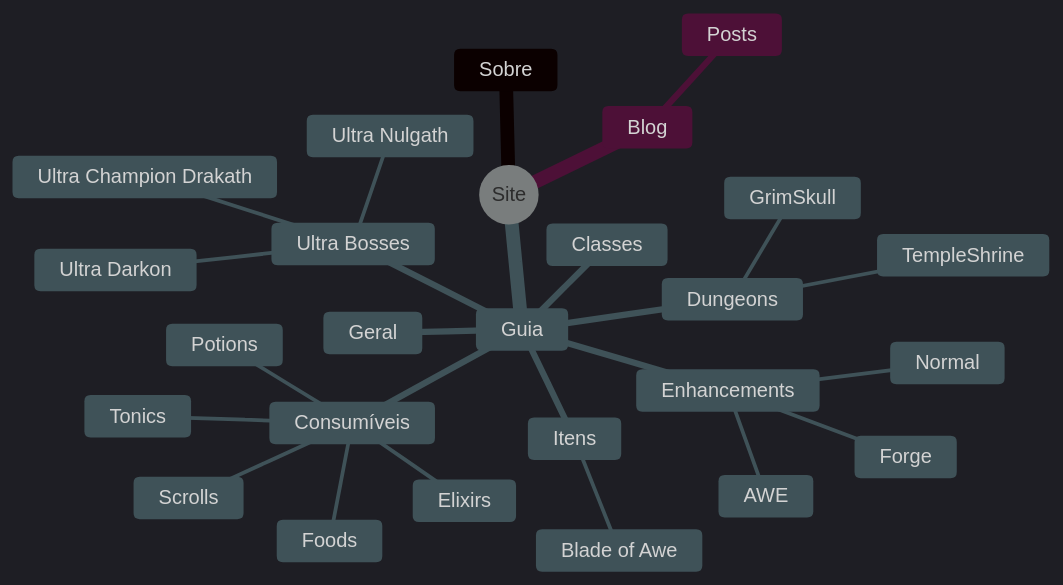
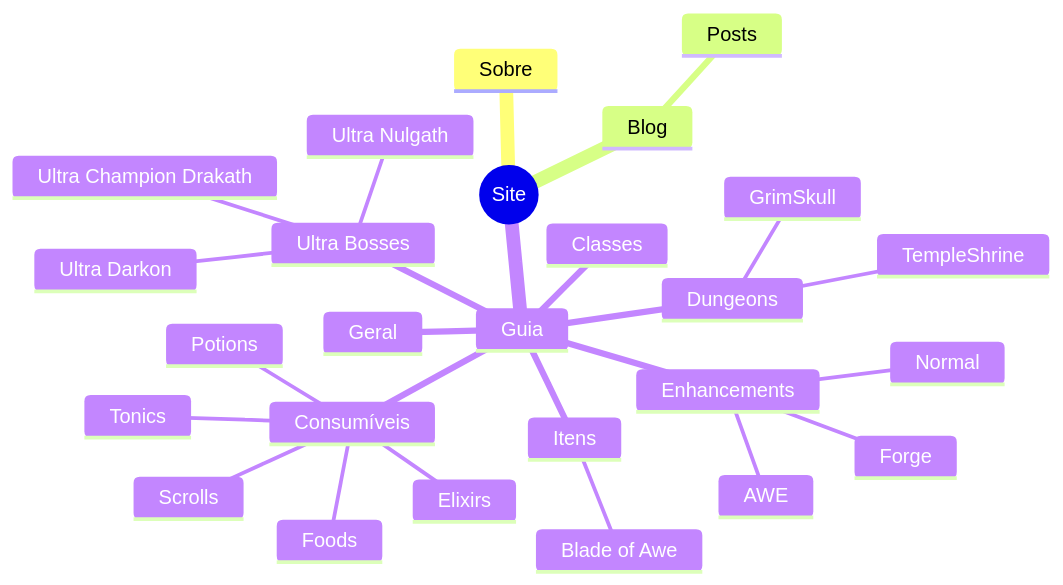
Before and after one commit to ultrahub-bot/ultrahub-bot.github.io: the diagram in docs/index.md, drawn with Mermaid. The commit also changed other lines of this file and 32 other files, not shown here.

````diff
--- a/docs/index.md
+++ b/docs/index.md
@@ -36,34 +36,34 @@
 ```mermaid
 ---
 config:
-  theme: dark
+  theme: 
 ---
 mindmap
   root((Site))
     Sobre
     Blog
         Posts
     Guia
         Geral
         Classes
         Enhancements
             AWE
             Forge
             Normal
         Ultra Bosses
             Ultra Darkon
             Ultra Nulgath
             Ultra Champion Drakath
         Dungeons
             GrimSkull
             TempleShrine
         Consumíveis
             Potions
             Elixirs
             Tonics
             Scrolls
             Foods
         Itens
             Blade of Awe
 
 ```
````
